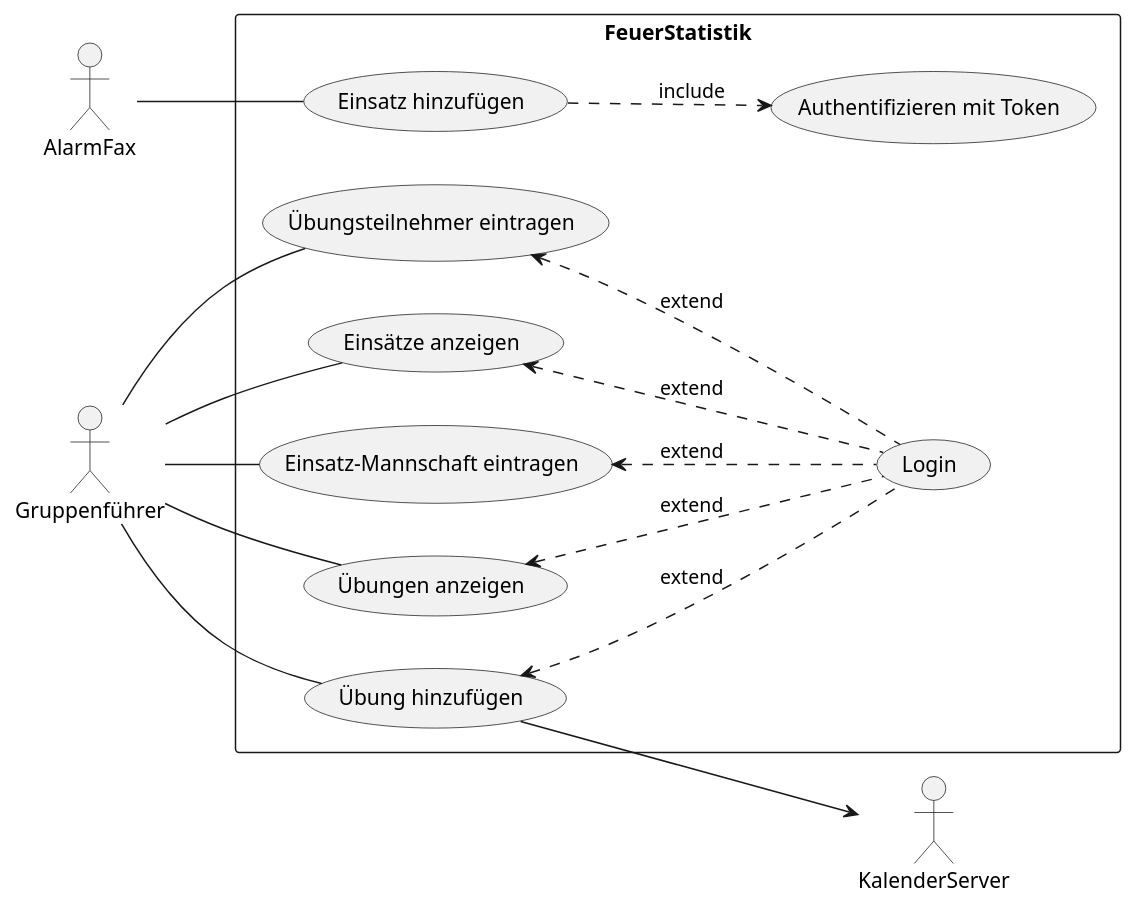
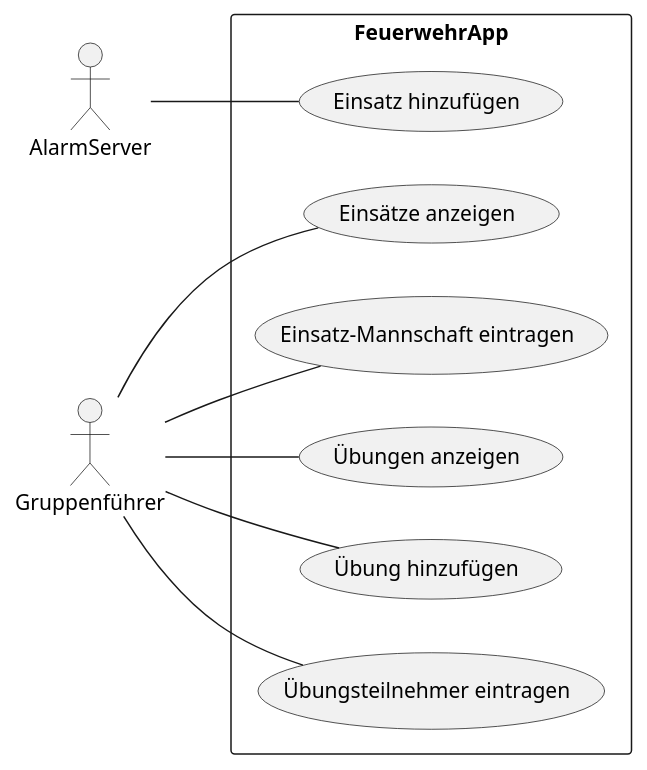
One commit to gampig/feuerwehr-app changed the diagram in docs/01_Requirements/UseCases/UseCase_CalloutTraining.plantuml. Above: the diagram before and after it, drawn with PlantUML. The commit also changed 3 other files, not shown here.

```diff
--- a/docs/01_Requirements/UseCases/UseCase_CalloutTraining.plantuml
+++ b/docs/01_Requirements/UseCases/UseCase_CalloutTraining.plantuml
@@ -1,43 +1,30 @@
 @startuml
 left to right direction
 
-actor "AlarmFax" as fax
-actor "KalenderServer" as calendar
+actor "AlarmServer" as alarm
 
 actor "Gruppenführer" as leader
 
-rectangle FeuerStatistik {
+rectangle FeuerwehrApp {
     ' Callout added automatically
     usecase "Einsatz hinzufügen" as AddCallout
 
     ' Callouts
     usecase "Einsätze anzeigen" as ViewCallouts
     usecase "Einsatz-Mannschaft eintragen" as SelectCrew
 
     ' Trainings
     usecase "Übungen anzeigen" as ViewTrainings
     usecase "Übung hinzufügen" as AddTraining
     usecase "Übungsteilnehmer eintragen" as SelectTrainingParticipants
-
-    usecase "Authentifizieren mit Token" as Token
-    usecase "Login" as Login
-
-    (AddCallout) ..> (Token) : include
-    (ViewCallouts) <.. (Login) : extend
-    (SelectCrew) <.. (Login) : extend
-
-    (ViewTrainings) <.. (Login) : extend
-    (SelectTrainingParticipants) <.. (Login) : extend
-    (AddTraining) <.. (Login) : extend
 }
 
-fax -- (AddCallout)
+alarm -- (AddCallout)
 leader -- (ViewCallouts)
 leader -- (SelectCrew)
 
 leader -- (ViewTrainings)
 leader -- (SelectTrainingParticipants)
 leader -- (AddTraining)
 
-(AddTraining) --> calendar
 @enduml
```
